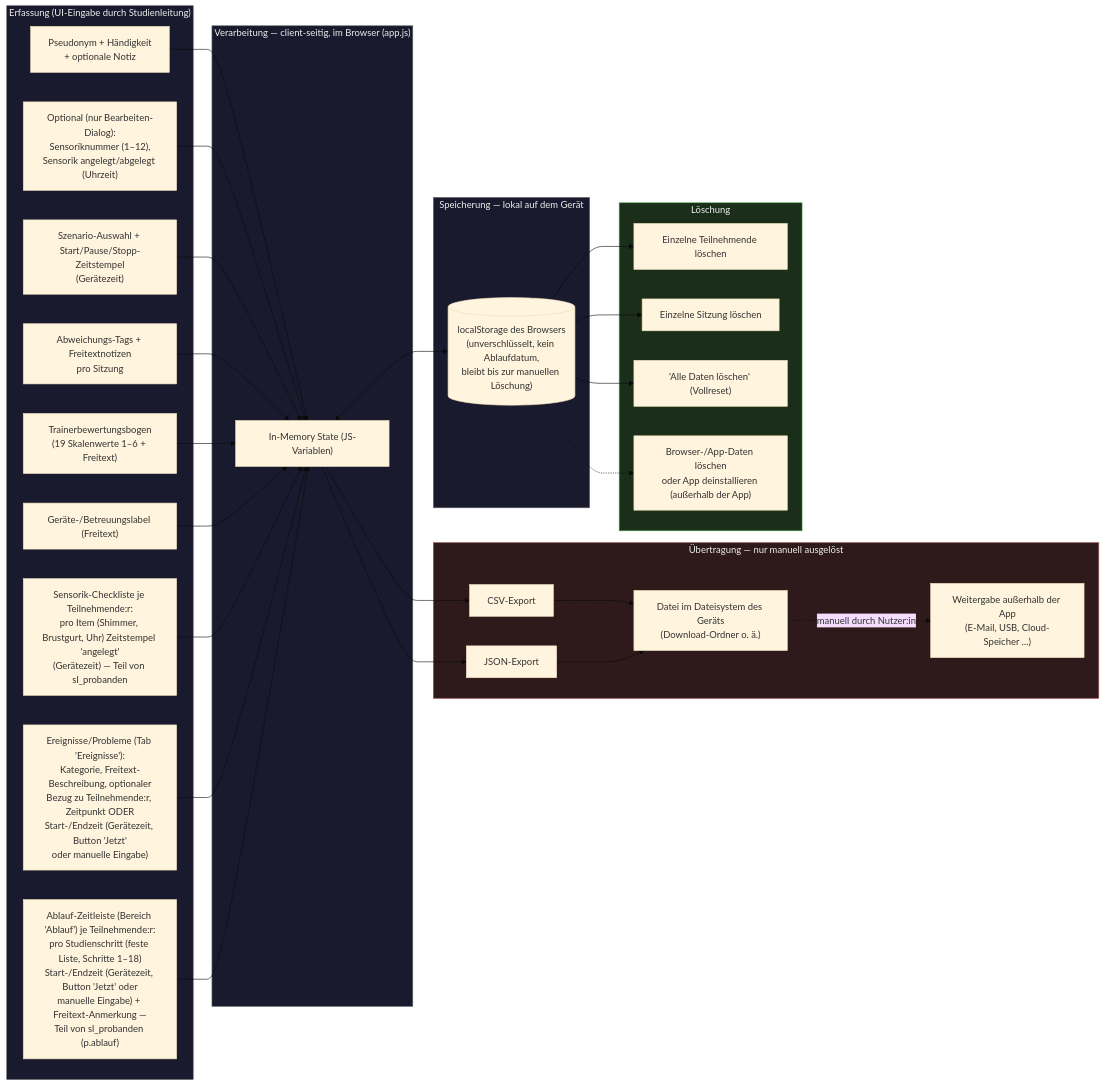
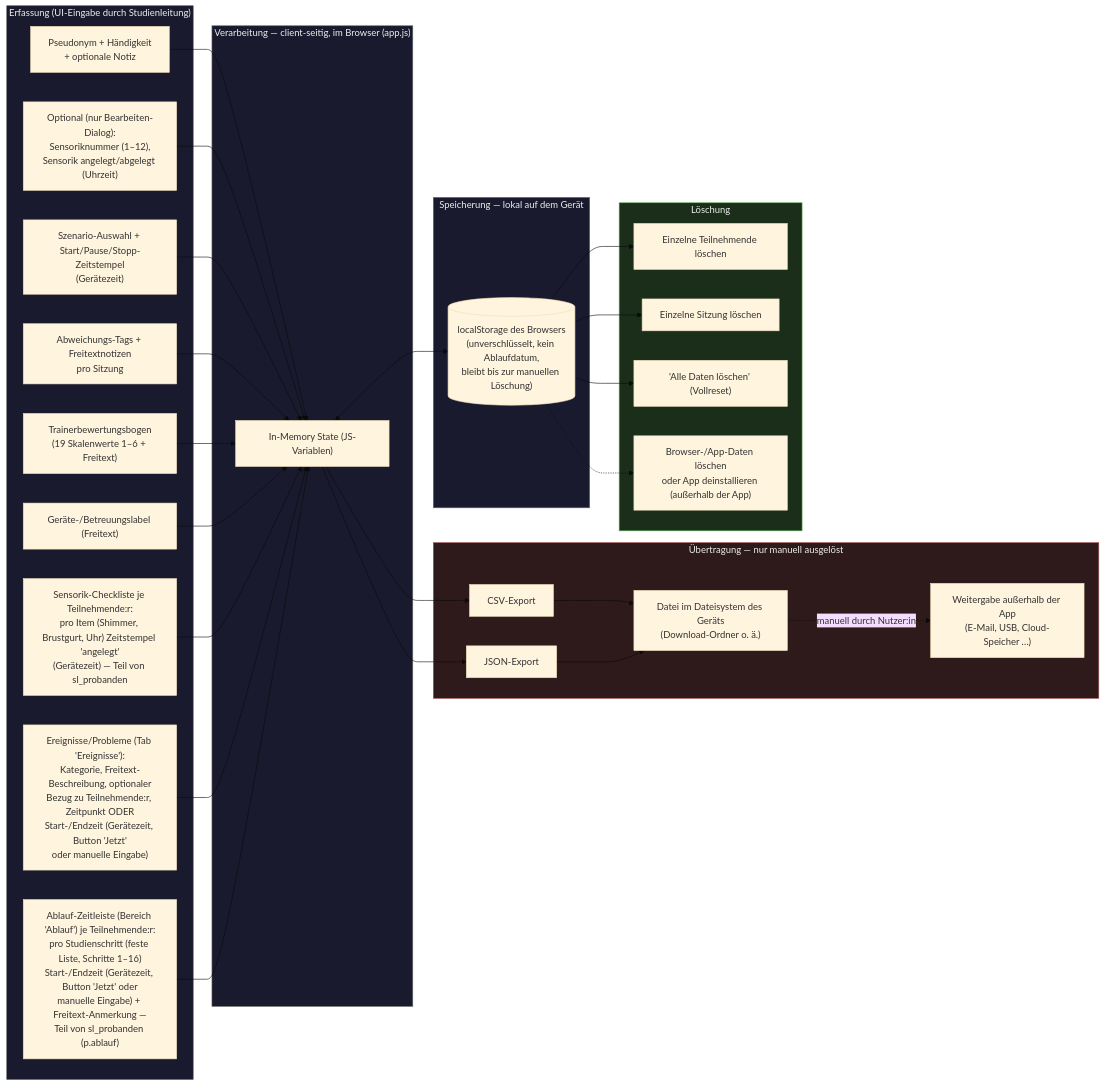
One commit to MStem911/StudyLog-mextPro changed the diagram in docs/DATENFLUSS.md. Above: the diagram before and after it, drawn with Mermaid (base theme). The commit also changed other lines of this file and 8 other files, not shown here.

````diff
--- a/docs/DATENFLUSS.md
+++ b/docs/DATENFLUSS.md
@@ -27,53 +27,53 @@
 ```mermaid
 flowchart LR
     subgraph Input["Erfassung (UI-Eingabe durch Studienleitung)"]
         I1["Pseudonym + Händigkeit<br/>+ optionale Notiz"]
         I2["Optional (nur Bearbeiten-Dialog):<br/>Sensoriknummer (1–12),<br/>Sensorik angelegt/abgelegt (Uhrzeit)"]
         I3["Szenario-Auswahl + Start/Pause/Stopp-Zeitstempel<br/>(Gerätezeit)"]
         I4["Abweichungs-Tags + Freitextnotizen<br/>pro Sitzung"]
         I5["Trainerbewertungsbogen<br/>(19 Skalenwerte 1–6 + Freitext)"]
         I6["Geräte-/Betreuungslabel (Freitext)"]
         I7["Sensorik-Checkliste je Teilnehmende:r:<br/>pro Item (Shimmer, Brustgurt, Uhr) Zeitstempel 'angelegt'<br/>(Gerätezeit) — Teil von sl_probanden"]
         I8["Ereignisse/Probleme (Tab 'Ereignisse'):<br/>Kategorie, Freitext-Beschreibung, optionaler<br/>Bezug zu Teilnehmende:r, Zeitpunkt ODER<br/>Start-/Endzeit (Gerätezeit, Button 'Jetzt'<br/>oder manuelle Eingabe)"]
-        I9["Ablauf-Zeitleiste (Bereich 'Ablauf') je Teilnehmende:r:<br/>pro Studienschritt (feste Liste, Schritte 1–18)<br/>Start-/Endzeit (Gerätezeit, Button 'Jetzt' oder<br/>manuelle Eingabe) + Freitext-Anmerkung —<br/>Teil von sl_probanden (p.ablauf)"]
+        I9["Ablauf-Zeitleiste (Bereich 'Ablauf') je Teilnehmende:r:<br/>pro Studienschritt (feste Liste, Schritte 1–16)<br/>Start-/Endzeit (Gerätezeit, Button 'Jetzt' oder<br/>manuelle Eingabe) + Freitext-Anmerkung —<br/>Teil von sl_probanden (p.ablauf)"]
     end
 
     subgraph Process["Verarbeitung — client-seitig, im Browser (app.js)"]
         P1["In-Memory State (JS-Variablen)"]
     end
 
     subgraph Storage["Speicherung — lokal auf dem Gerät"]
         S1[("localStorage des Browsers<br/>(unverschlüsselt, kein Ablaufdatum,<br/>bleibt bis zur manuellen Löschung)")]
     end
 
     subgraph Transfer["Übertragung — nur manuell ausgelöst"]
         T1["CSV-Export"]
         T2["JSON-Export"]
         T3["Datei im Dateisystem des Geräts<br/>(Download-Ordner o. ä.)"]
         T4["Weitergabe außerhalb der App<br/>(E-Mail, USB, Cloud-Speicher …)"]
     end
 
     subgraph Delete["Löschung"]
         D1["Einzelne Teilnehmende löschen"]
         D2["Einzelne Sitzung löschen"]
         D3["'Alle Daten löschen' (Vollreset)"]
         D4["Browser-/App-Daten löschen<br/>oder App deinstallieren (außerhalb der App)"]
     end
 
     I1 & I2 & I3 & I4 & I5 & I6 & I7 & I8 & I9 --> P1
     P1 <--> S1
     P1 --> T1 --> T3
     P1 --> T2 --> T3
     T3 -.manuell durch Nutzer:in.-> T4
 
     S1 --> D1
     S1 --> D2
     S1 --> D3
     S1 -.-> D4
 
     style Input fill:#1a1a2e,stroke:#666,color:#eee
     style Process fill:#1a1a2e,stroke:#666,color:#eee
     style Storage fill:#1a1a2e,stroke:#666,color:#eee
     style Transfer fill:#2e1a1a,stroke:#a55,color:#eee
     style Delete fill:#1a2e1a,stroke:#5a5,color:#eee
 ```
````
